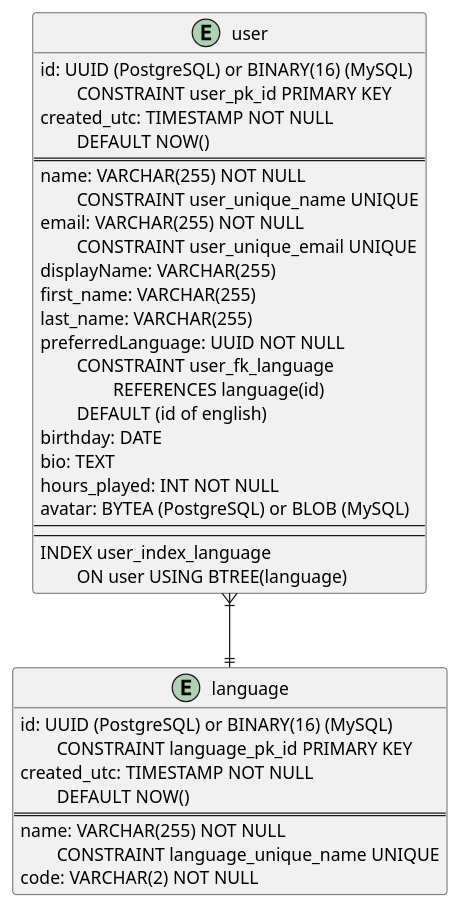
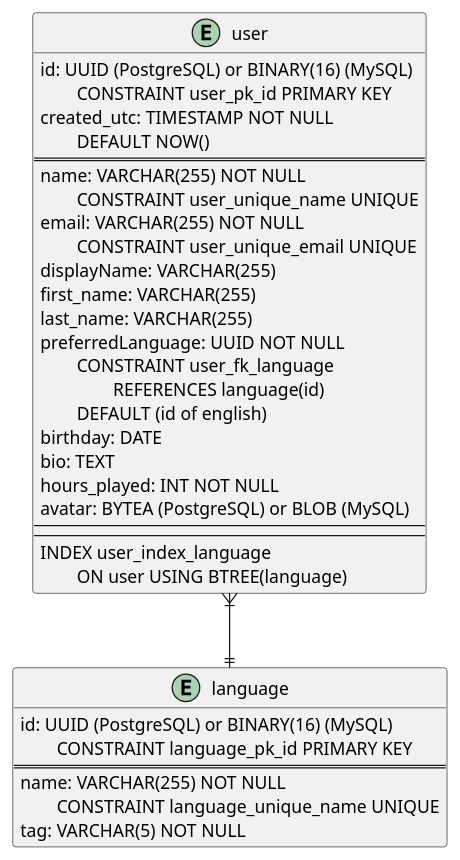
One commit to turing85/untitled-rpg-webapp changed the diagram in doc/datamodel/ERD.puml. Above: the diagram before and after it, drawn with PlantUML. The commit also changed 2 other files, not shown here.

```diff
--- a/doc/datamodel/ERD.puml
+++ b/doc/datamodel/ERD.puml
@@ -1,43 +1,41 @@
 @startuml
 
 entity user {
     id: UUID (PostgreSQL) or BINARY(16) (MySQL)
     \tCONSTRAINT user_pk_id PRIMARY KEY
     created_utc: TIMESTAMP NOT NULL
     \tDEFAULT NOW()
     ==
     name: VARCHAR(255) NOT NULL
     \tCONSTRAINT user_unique_name UNIQUE
     email: VARCHAR(255) NOT NULL
     \tCONSTRAINT user_unique_email UNIQUE
     displayName: VARCHAR(255)
     first_name: VARCHAR(255)
     last_name: VARCHAR(255)
     preferredLanguage: UUID NOT NULL
     \tCONSTRAINT user_fk_language
     \t\tREFERENCES language(id)
     \tDEFAULT (id of english)
     birthday: DATE
     bio: TEXT
     hours_played: INT NOT NULL
     avatar: BYTEA (PostgreSQL) or BLOB (MySQL)
     ---
     ---
     INDEX user_index_language
     \tON user USING BTREE(language)
 }
 
 entity language {
     id: UUID (PostgreSQL) or BINARY(16) (MySQL)
     \tCONSTRAINT language_pk_id PRIMARY KEY
-    created_utc: TIMESTAMP NOT NULL
-    \tDEFAULT NOW()
     ==
     name: VARCHAR(255) NOT NULL
     \tCONSTRAINT language_unique_name UNIQUE
-    code: VARCHAR(2) NOT NULL
+    tag: VARCHAR(5) NOT NULL
 }
 
 user }|--|| language
 
 @enduml
```
